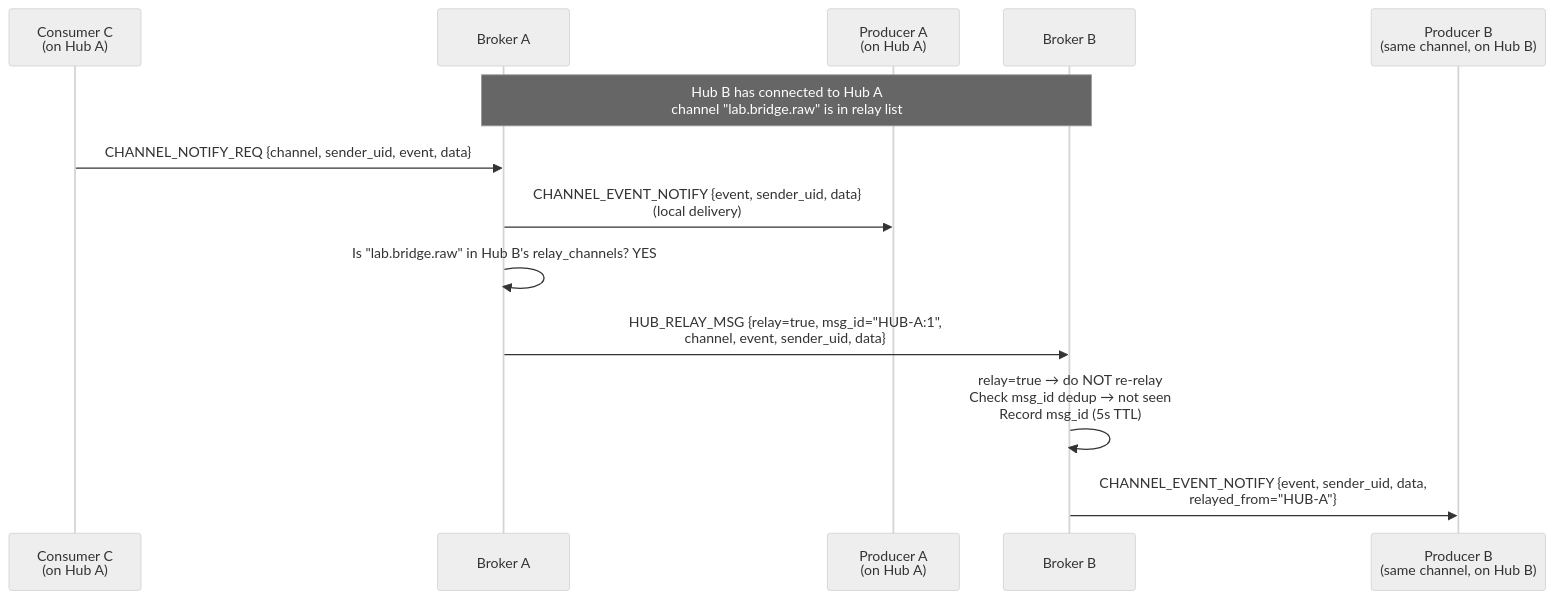
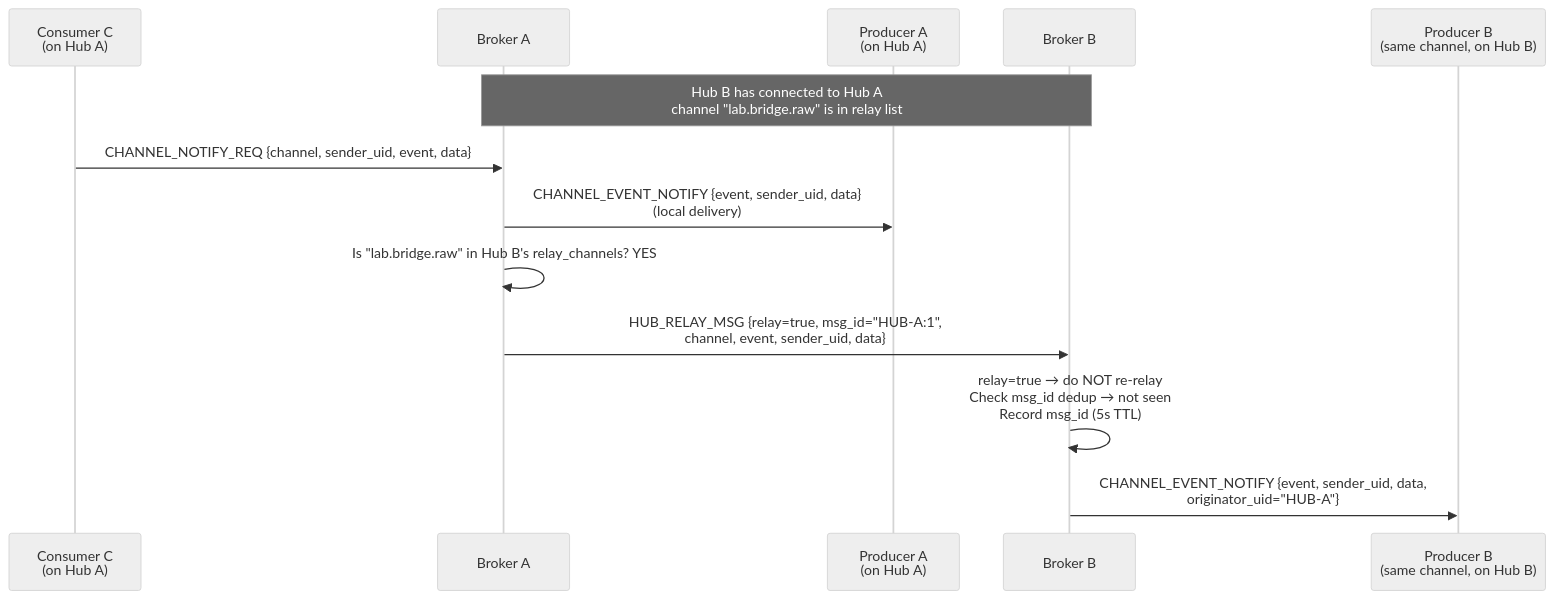
One commit to Qing-LAB/pylabhub changed the fifth of 7 diagrams in cpp/docs/HEP/HEP-CORE-0022-Hub-Federation-Broadcast.md. Above: the diagram before and after it, drawn with Mermaid (neutral theme). The commit also changed other lines of this file and 33 other files, not shown here.

````diff
--- a/cpp/docs/HEP/HEP-CORE-0022-Hub-Federation-Broadcast.md
+++ b/cpp/docs/HEP/HEP-CORE-0022-Hub-Federation-Broadcast.md
@@ -307,17 +307,17 @@
 ```mermaid
 sequenceDiagram
     participant C as Consumer C<br/>(on Hub A)
     participant HA as Broker A
     participant PA as Producer A<br/>(on Hub A)
     participant HB as Broker B
     participant PB as Producer B<br/>(same channel, on Hub B)
 
     Note over HA,HB: Hub B has connected to Hub A<br/>channel "lab.bridge.raw" is in relay list
 
     C->>HA: CHANNEL_NOTIFY_REQ {channel, sender_uid, event, data}
     HA->>PA: CHANNEL_EVENT_NOTIFY {event, sender_uid, data}<br/>(local delivery)
     HA->>HA: Is "lab.bridge.raw" in Hub B's relay_channels?  YES
     HA->>HB: HUB_RELAY_MSG {relay=true, msg_id="HUB-A:1",<br/>channel, event, sender_uid, data}
     HB->>HB: relay=true → do NOT re-relay<br/>Check msg_id dedup → not seen<br/>Record msg_id (5s TTL)
-    HB->>PB: CHANNEL_EVENT_NOTIFY {event, sender_uid, data,<br/>relayed_from="HUB-A"}
+    HB->>PB: CHANNEL_EVENT_NOTIFY {event, sender_uid, data,<br/>originator_uid="HUB-A"}
 ```
````
